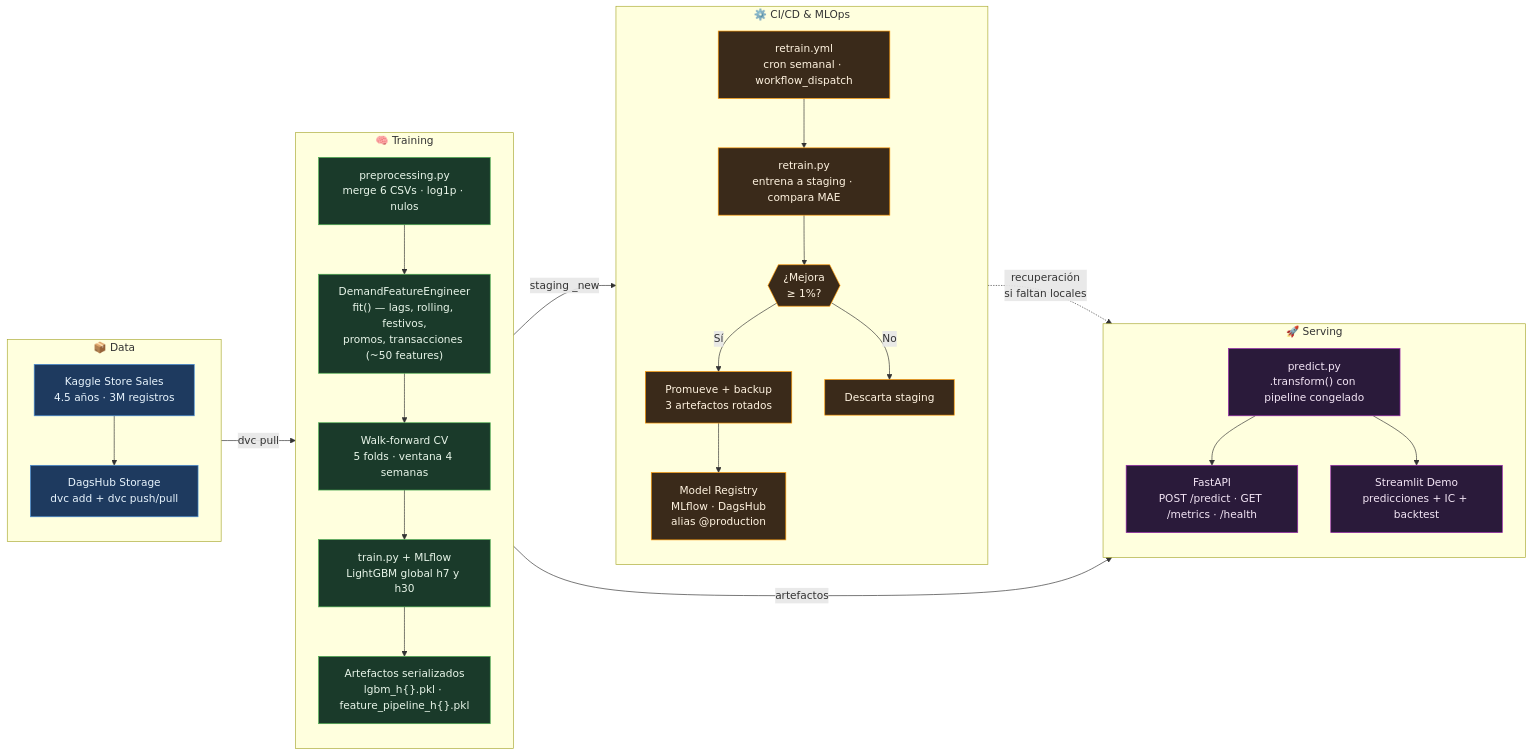
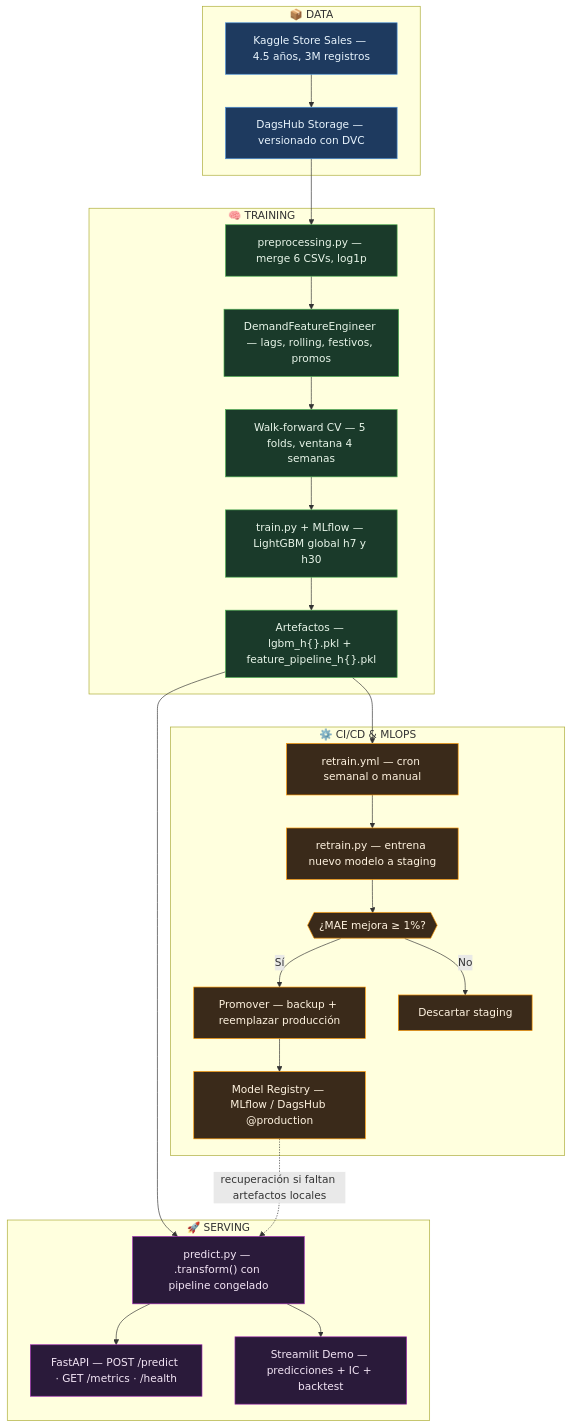
Before and after one commit to jorgesandovalpablo/demand-forecast: the diagram in README.md, drawn with Mermaid.

Commit message:
update: new mermaid that improve the visualization of the architecture

````diff
--- a/README.md
+++ b/README.md
@@ -69,64 +69,52 @@
 ```mermaid
-flowchart LR
-    %% ─── ESTILOS ───────────────────────────────────────────
-    classDef data    fill:#1e3a5f,stroke:#4a90d9,color:#e8f4fd
-    classDef train   fill:#1a3a2a,stroke:#4caf50,color:#e8f5e9
-    classDef mlops   fill:#3a2a1a,stroke:#ff9800,color:#fff3e0
-    classDef serve   fill:#2a1a3a,stroke:#9c27b0,color:#f3e5f5
-    classDef storage fill:#2a2a2a,stroke:#888,color:#eee,stroke-dasharray:5 5
+flowchart TB
+    classDef data  fill:#1e3a5f,stroke:#4a90d9,color:#e8f4fd
+    classDef train fill:#1a3a2a,stroke:#4caf50,color:#e8f5e9
+    classDef mlops fill:#3a2a1a,stroke:#ff9800,color:#fff3e0
+    classDef serve fill:#2a1a3a,stroke:#9c27b0,color:#f3e5f5
 
-    %% ─── DATA ──────────────────────────────────────────────
-    subgraph DATA["  📦 Data  "]
-        direction TB
-        RAW["Kaggle Store Sales\n4.5 años · 3M registros"]
-        DVC["DagsHub Storage\ndvc add + dvc push/pull"]
-        RAW --> DVC
+    subgraph DATA["📦 DATA"]
+        A1["Kaggle Store Sales — 4.5 años, 3M registros"]
+        A2["DagsHub Storage — versionado con DVC"]
+        A1 --> A2
     end
 
-    %% ─── TRAINING ──────────────────────────────────────────
-    subgraph TRAIN["  🧠 Training  "]
-        direction TB
-        PREP["preprocessing.py\nmerge 6 CSVs · log1p · nulos"]
-        FE["DemandFeatureEngineer\nfit() — lags, rolling, festivos,\npromos, transacciones (~50 features)"]
-        CV["Walk-forward CV\n5 folds · ventana 4 semanas"]
-        TRN["train.py + MLflow\nLightGBM global h7 y h30"]
-        PKL["Artefactos serializados\nlgbm_h{}.pkl · feature_pipeline_h{}.pkl"]
-        PREP --> FE --> CV --> TRN --> PKL
+    subgraph TRAIN["🧠 TRAINING"]
+        B1["preprocessing.py — merge 6 CSVs, log1p"]
+        B2["DemandFeatureEngineer — lags, rolling, festivos, promos"]
+        B3["Walk-forward CV — 5 folds, ventana 4 semanas"]
+        B4["train.py + MLflow — LightGBM global h7 y h30"]
+        B5["Artefactos — lgbm_h{}.pkl + feature_pipeline_h{}.pkl"]
+        B1 --> B2 --> B3 --> B4 --> B5
     end
 
-    %% ─── MLOPS ─────────────────────────────────────────────
-    subgraph MLOPS["  ⚙️ CI/CD & MLOps  "]
-        direction TB
-        CRON["retrain.yml\ncron semanal · workflow_dispatch"]
-        RTR["retrain.py\nentrena a staging · compara MAE"]
-        GATE{{"¿Mejora\n≥ 1%?"}}
-        PROMO["Promueve + backup\n3 artefactos rotados"]
-        DISC["Descarta staging"]
-        REG["Model Registry\nMLflow · DagsHub\nalias @production"]
-        CRON --> RTR --> GATE
-        GATE -- Sí --> PROMO --> REG
-        GATE -- No --> DISC
+    subgraph MLOPS["⚙️ CI/CD & MLOPS"]
+        C1["retrain.yml — cron semanal o manual"]
+        C2["retrain.py — entrena nuevo modelo a staging"]
+        C3{{"¿MAE mejora ≥ 1%?"}}
+        C4["Promover — backup + reemplazar producción"]
+        C5["Descartar staging"]
+        C6["Model Registry — MLflow / DagsHub @production"]
+        C1 --> C2 --> C3
+        C3 -- Sí --> C4 --> C6
+        C3 -- No --> C5
     end
 
-    %% ─── SERVING ───────────────────────────────────────────
-    subgraph SERVE["  🚀 Serving  "]
-        direction TB
-        PRED["predict.py\n.transform() con pipeline congelado"]
-        API["FastAPI\nPOST /predict · GET /metrics · /health"]
-        DASH["Streamlit Demo\npredicciones + IC + backtest"]
-        PRED --> API
-        PRED --> DASH
+    subgraph SERVE["🚀 SERVING"]
+        D1["predict.py — .transform() con pipeline congelado"]
+        D2["FastAPI — POST /predict · GET /metrics · /health"]
+        D3["Streamlit Demo — predicciones + IC + backtest"]
+        D1 --> D2
+        D1 --> D3
     end
 
-    %% ─── CONEXIONES PRINCIPALES ────────────────────────────
-    DVC      -->|dvc pull| PREP
-    PKL      -->|staging _new| CRON
-    PKL      -->|artefactos| PRED
-    REG      -.->|recuperación\nsi faltan locales| PRED
+    A2 --> B1
+    B5 --> C1
+    B5 --> D1
+    C6 -. "recuperación si faltan artefactos locales" .-> D1
 
-    %% ─── CLASES ────────────────────────────────────────────
-    class RAW,DVC data
-    class PREP,FE,CV,TRN,PKL train
-    class CRON,RTR,GATE,PROMO,DISC,REG mlops
-    class PRED,API,DASH serve
+    class A1,A2 data
+    class B1,B2,B3,B4,B5 train
+    class C1,C2,C3,C4,C5,C6 mlops
+    class D1,D2,D3 serve
 ```
````
